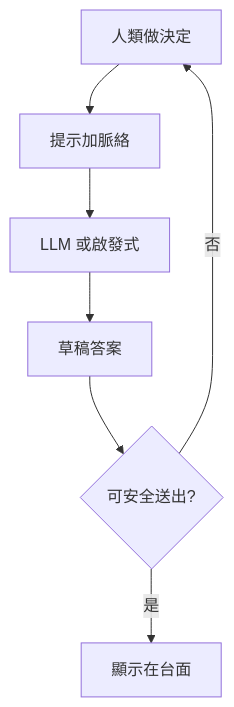
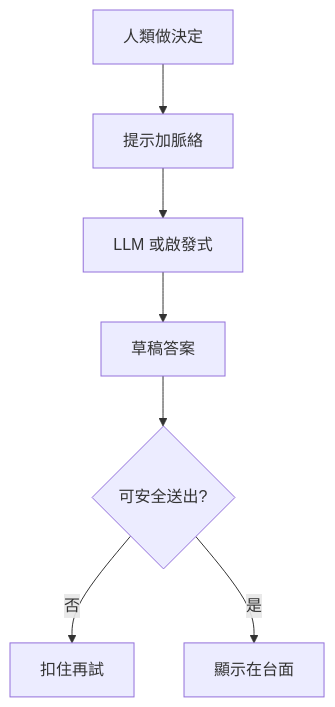
Before and after one commit to hxyan2020/PRD: the first of 10 diagrams in platform/docs/AI_USE.zh-Hant.md, drawn with Mermaid. The commit also changed 2 other files, not shown here.

Commit message:
Fix AI Use Manual first flowchart cycle so mermaid layouts compactly.

````diff
--- a/platform/docs/AI_USE.zh-Hant.md
+++ b/platform/docs/AI_USE.zh-Hant.md
@@ -39,9 +39,9 @@
 ```mermaid
 graph TD
   Human[人類做決定] --> Prompt[提示加脈絡]
   Prompt --> Model[LLM 或啟發式]
   Model --> Out[草稿答案]
   Out --> Check{可安全送出?}
-  Check -->|否| Human
+  Check -->|否| Hold[扣住再試]
   Check -->|是| Act[顯示在台面]
 ```
````
